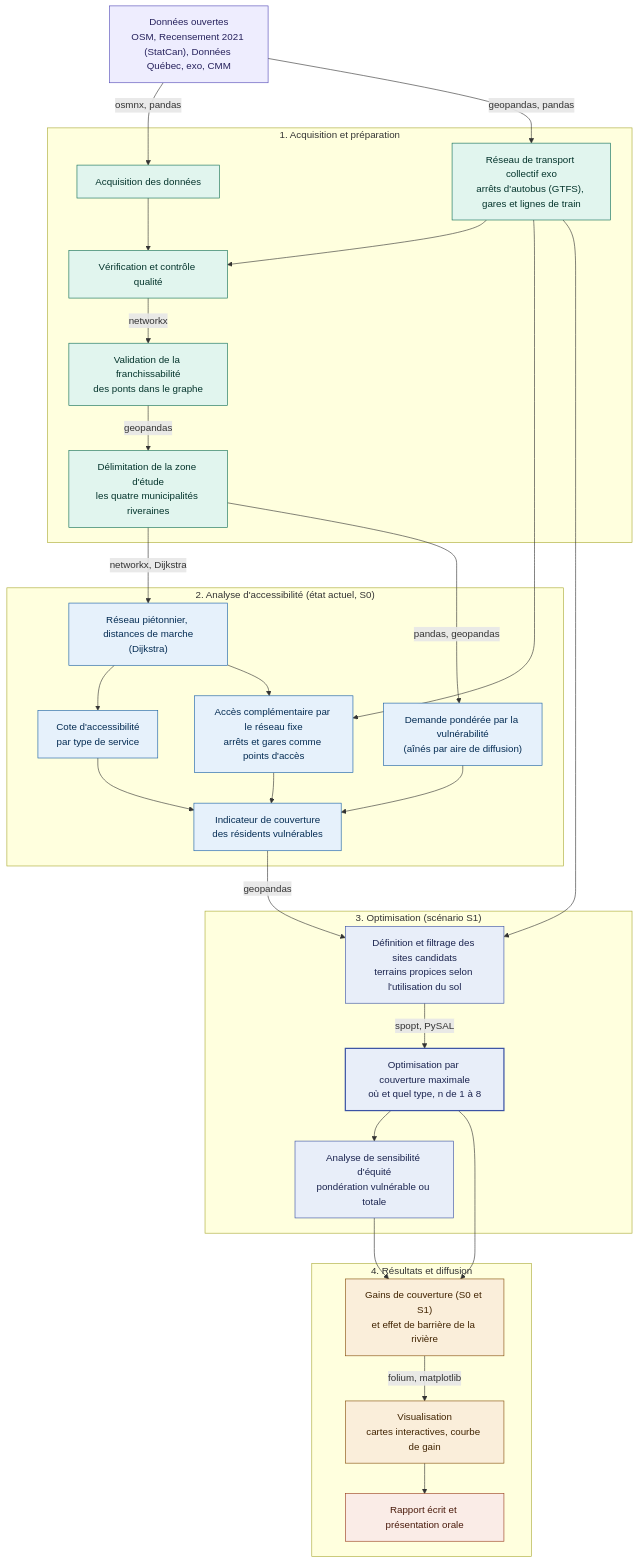
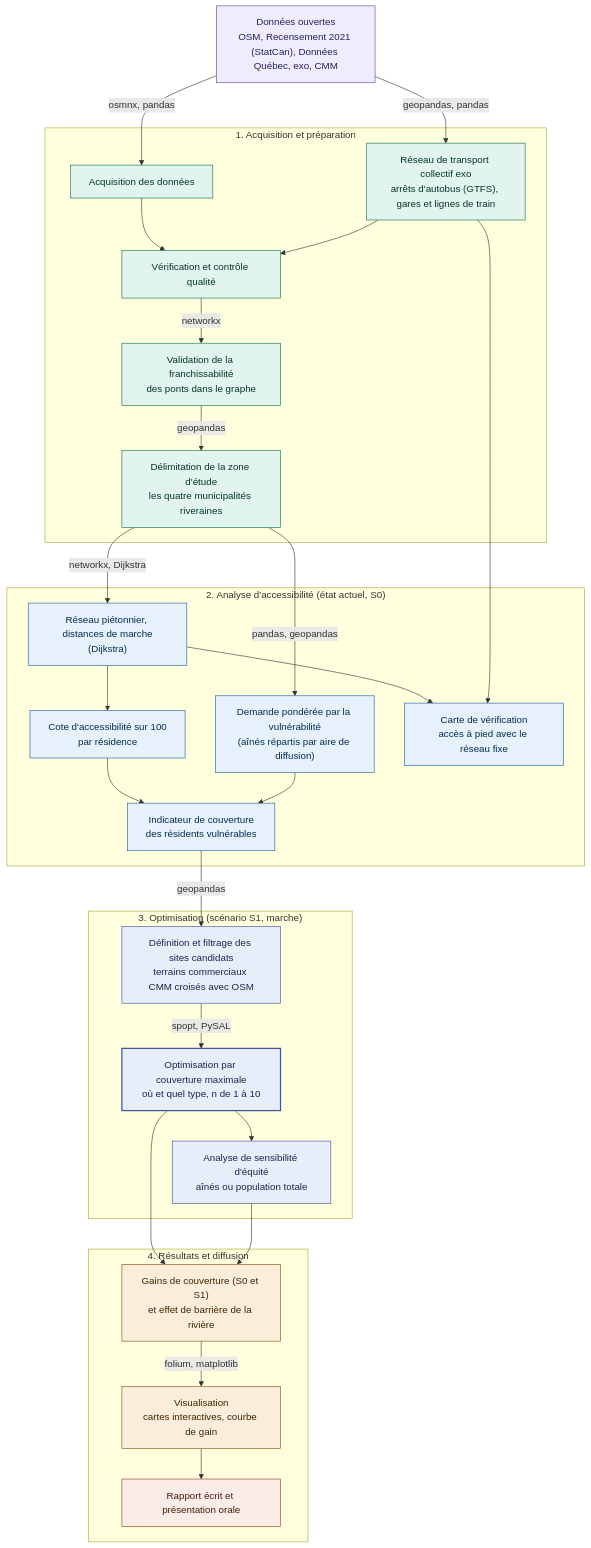
The diagram in README.md (girm8601/GMQ580_PS_MGiraldeau), drawn with Mermaid before and after one commit. The commit also changed other lines of this file and 4 other files, not shown here.

````diff
--- a/README.md
+++ b/README.md
@@ -50,73 +52,71 @@
 ```mermaid
 flowchart TD
     A["Données ouvertes<br/>OSM, Recensement 2021 (StatCan), Données Québec, exo, CMM"]
 
     subgraph P1["1. Acquisition et préparation"]
         B["Acquisition des données"]
         T["Réseau de transport collectif exo<br/>arrêts d'autobus (GTFS), gares et lignes de train"]
         C["Vérification et contrôle qualité"]
         D["Validation de la franchissabilité<br/>des ponts dans le graphe"]
         E["Délimitation de la zone d'étude<br/>les quatre municipalités riveraines"]
     end
 
     subgraph P2["2. Analyse d'accessibilité (état actuel, S0)"]
         F["Réseau piétonnier, distances de marche<br/>(Dijkstra)"]
-        G["Cote d'accessibilité<br/>par type de service"]
-        TA["Accès complémentaire par le réseau fixe<br/>arrêts et gares comme points d'accès"]
-        I["Demande pondérée par la vulnérabilité<br/>(aînés par aire de diffusion)"]
+        G["Cote d'accessibilité sur 100<br/>par résidence"]
+        I["Demande pondérée par la vulnérabilité<br/>(aînés répartis par aire de diffusion)"]
         H["Indicateur de couverture<br/>des résidents vulnérables"]
+        TA["Carte de vérification<br/>accès à pied avec le réseau fixe"]
     end
 
-    subgraph P3["3. Optimisation (scénario S1)"]
-        J["Définition et filtrage des sites candidats<br/>terrains propices selon l'utilisation du sol"]
-        K["Optimisation par couverture maximale<br/>où et quel type, n de 1 à 8"]
-        L["Analyse de sensibilité d'équité<br/>pondération vulnérable ou totale"]
+    subgraph P3["3. Optimisation (scénario S1, marche)"]
+        J["Définition et filtrage des sites candidats<br/>terrains commerciaux CMM croisés avec OSM"]
+        K["Optimisation par couverture maximale<br/>où et quel type, n de 1 à 10"]
+        L["Analyse de sensibilité d'équité<br/>aînés ou population totale"]
     end
 
     subgraph P4["4. Résultats et diffusion"]
         M["Gains de couverture (S0 et S1)<br/>et effet de barrière de la rivière"]
         N["Visualisation<br/>cartes interactives, courbe de gain"]
         O["Rapport écrit et présentation orale"]
     end
 
     A -->|"osmnx, pandas"| B
     A -->|"geopandas, pandas"| T
     B --> C
     T --> C
     C -->|"networkx"| D
     D -->|"geopandas"| E
     E -->|"networkx, Dijkstra"| F
     E -->|"pandas, geopandas"| I
     F --> G
+    F --> TA
     T --> TA
-    F --> TA
     G --> H
-    TA --> H
     I --> H
     H -->|"geopandas"| J
-    T --> J
     J -->|"spopt, PySAL"| K
     K --> L
     K --> M
     L --> M
     M -->|"folium, matplotlib"| N
     N --> O
 
     style A fill:#EEEDFE,stroke:#534AB7,color:#26215C
     style B fill:#E1F5EE,stroke:#0F6E56,color:#04342C
     style T fill:#E1F5EE,stroke:#0F6E56,color:#04342C
     style C fill:#E1F5EE,stroke:#0F6E56,color:#04342C
     style D fill:#E1F5EE,stroke:#0F6E56,color:#04342C
     style E fill:#E1F5EE,stroke:#0F6E56,color:#04342C
     style F fill:#E6F1FB,stroke:#185FA5,color:#042C53
     style G fill:#E6F1FB,stroke:#185FA5,color:#042C53
     style TA fill:#E6F1FB,stroke:#185FA5,color:#042C53
     style H fill:#E6F1FB,stroke:#185FA5,color:#042C53
     style I fill:#E6F1FB,stroke:#185FA5,color:#042C53
     style J fill:#E8EEF9,stroke:#3B53A4,color:#1B244F
     style K fill:#E8EEF9,stroke:#3B53A4,color:#1B244F,stroke-width:2px
     style L fill:#E8EEF9,stroke:#3B53A4,color:#1B244F
     style M fill:#FAEEDA,stroke:#854F0B,color:#412402
     style N fill:#FAEEDA,stroke:#854F0B,color:#412402
     style O fill:#FAECE7,stroke:#993C1D,color:#4A1B0C
 ```
````
